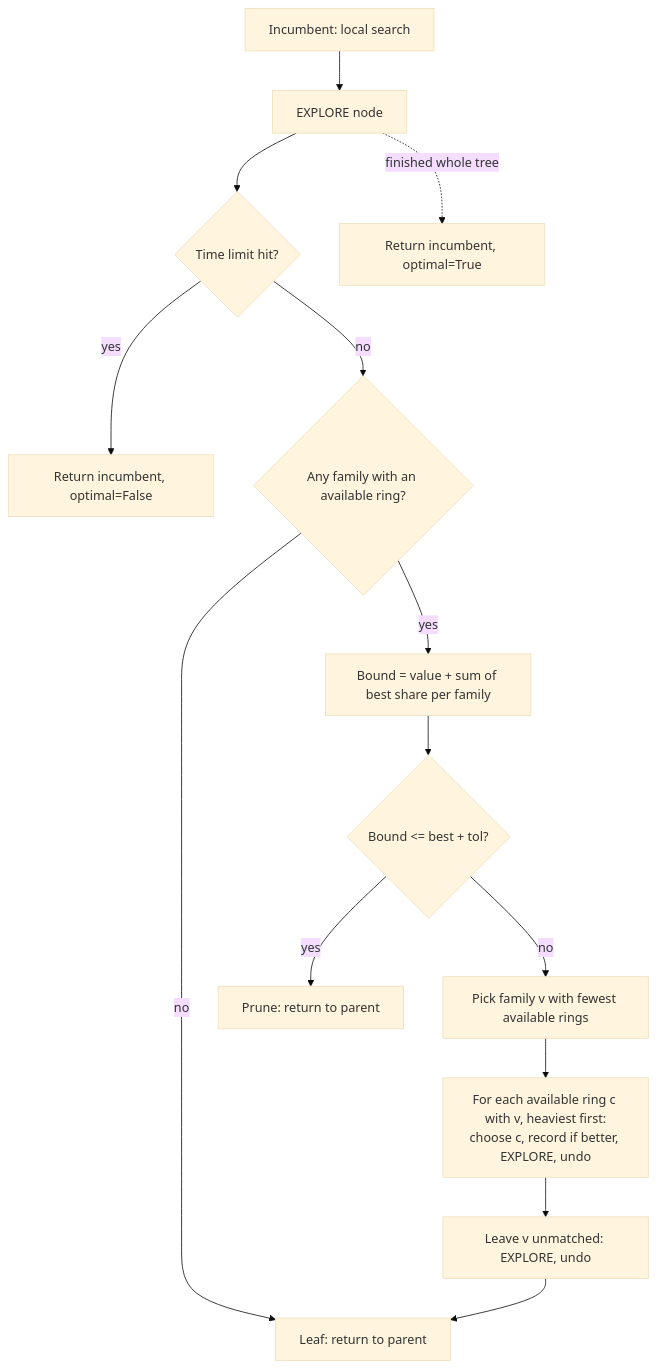
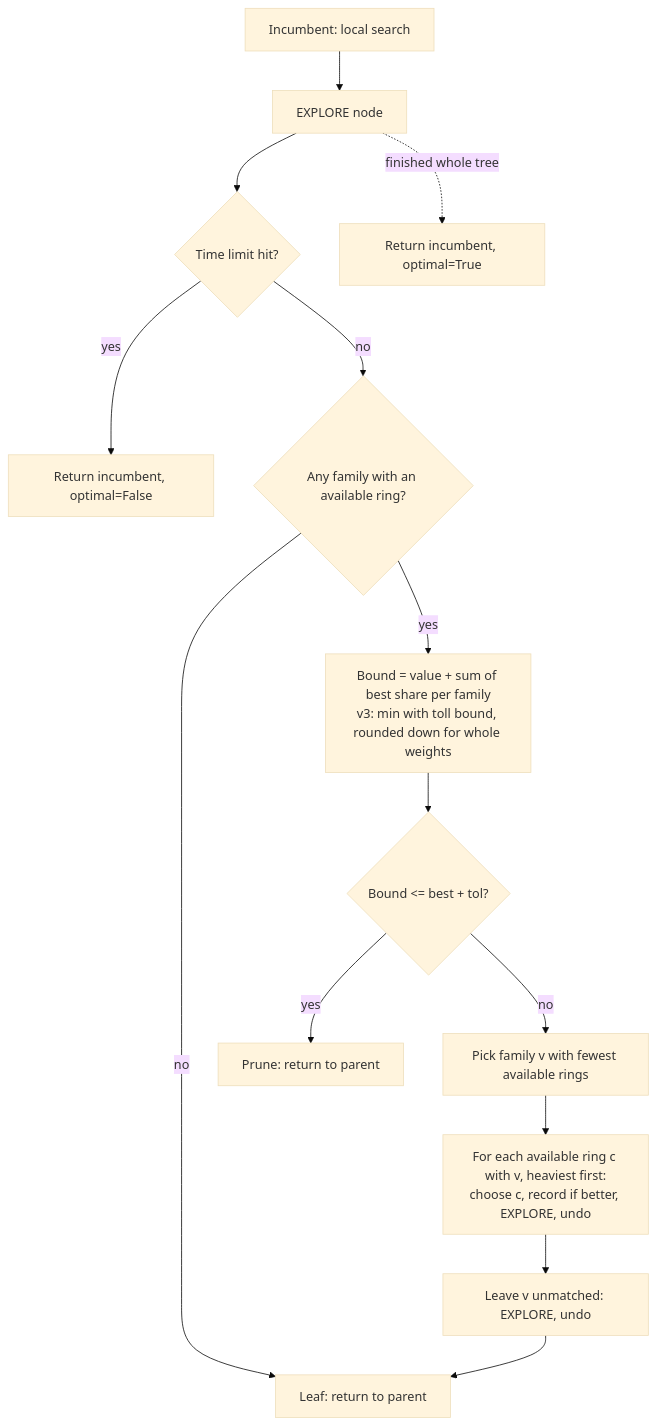
The third of 3 diagrams in docs/design/heuristics.md (Vasumitra-Gajbhiye/DonorBridge), drawn with Mermaid (base theme) before and after one commit. The commit also changed other lines of this file and 5 other files, not shown here.

Commit message:
P2/P3 heuristics: local search and branch and bound (v1, v2, v3 toll bound) with unit tests

````diff
--- a/docs/design/heuristics.md
+++ b/docs/design/heuristics.md
@@ -204,16 +241,16 @@
 ```mermaid
 flowchart TD
     A[Incumbent: local search] --> B[EXPLORE node]
     B --> C{Time limit hit?}
     C -- yes --> Z[Return incumbent, optimal=False]
     C -- no --> D{Any family with an available ring?}
     D -- no --> L[Leaf: return to parent]
-    D -- yes --> E[Bound = value + sum of best share per family]
+    D -- yes --> E[Bound = value + sum of best share per family<br/>v3: min with toll bound, rounded down for whole weights]
     E --> F{Bound <= best + tol?}
     F -- yes --> P[Prune: return to parent]
     F -- no --> G[Pick family v with fewest available rings]
     G --> H[For each available ring c with v, heaviest first:<br/>choose c, record if better, EXPLORE, undo]
     H --> I[Leave v unmatched: EXPLORE, undo]
     I --> L
     B -.finished whole tree.-> Y[Return incumbent, optimal=True]
 ```
````
